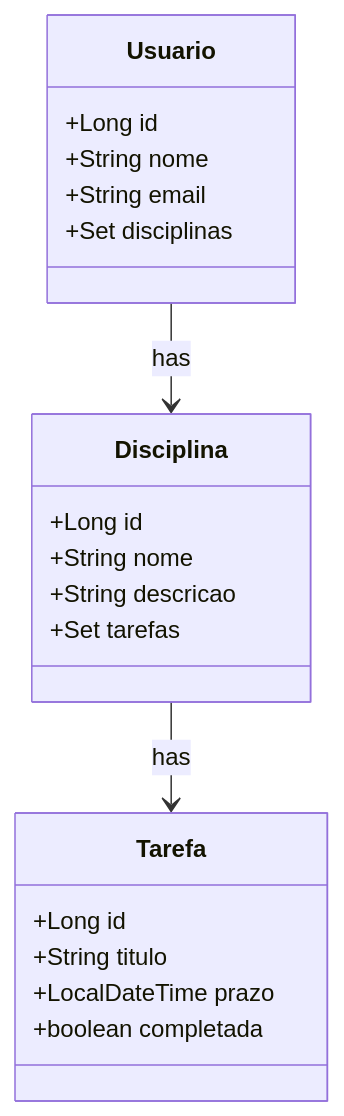
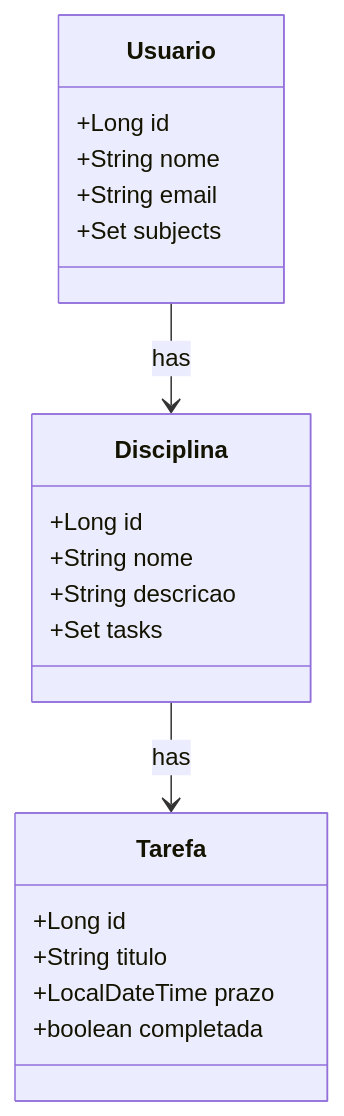
The diagram in README.md (Luis-coelho30/restudy-api), drawn with Mermaid before and after one commit. The commit also changed other lines of this file and 5 other files, not shown here.

````diff
--- a/README.md
+++ b/README.md
@@ -6,26 +6,26 @@
 ```mermaid
 classDiagram
     class Usuario {
         +Long id
         +String nome
         +String email
-        +Set<Disciplina> disciplinas
+        +Set<Disciplina> subjects
     }
 
     class Disciplina {
         +Long id
         +String nome
         +String descricao
-        +Set<Tarefa> tarefas
+        +Set<Tarefa> tasks
     }
 
     class Tarefa {
         +Long id
         +String titulo
         +LocalDateTime prazo
         +boolean completada
     }
 
     Usuario --> Disciplina : has
     Disciplina --> Tarefa : has
 ```
````
